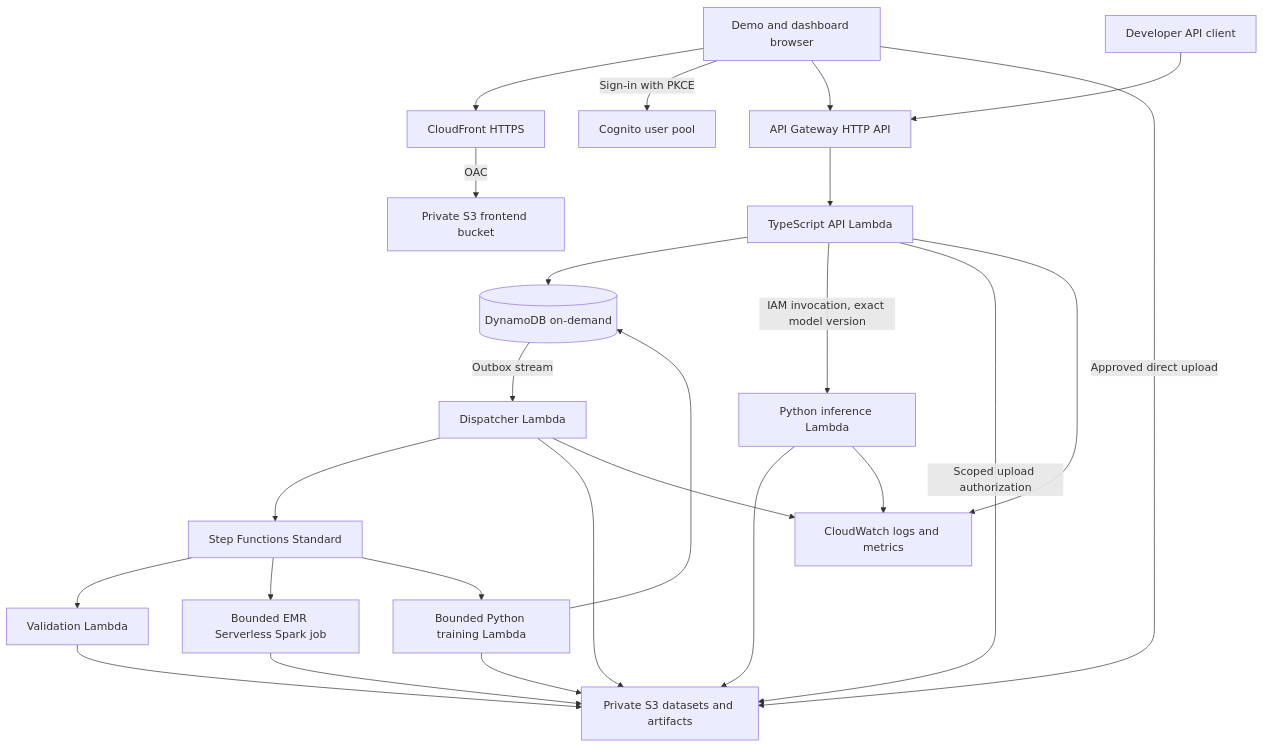
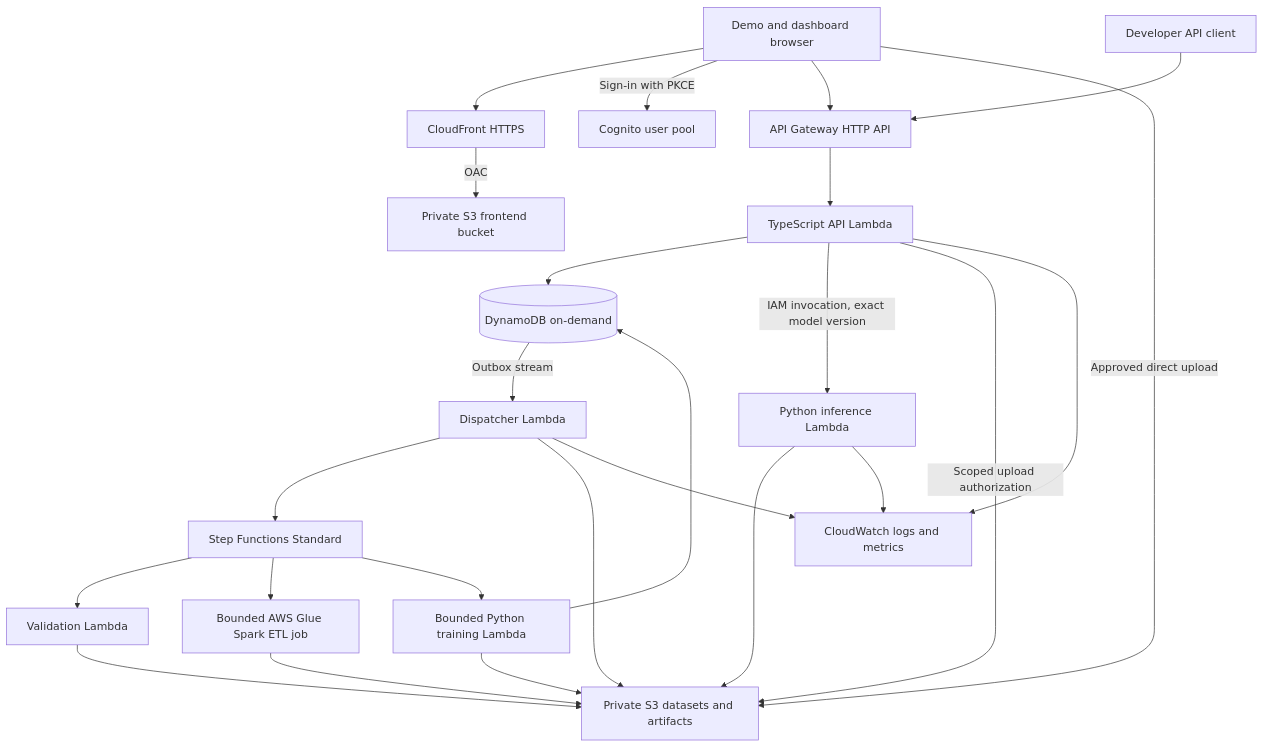
One commit to dheerajkiran/spark-recsys-pipeline changed the diagram in docs/phase-7/architecture.md. Above: the diagram before and after it, drawn with Mermaid. The commit also changed other lines of this file and 6 other files, not shown here.

Commit message:
Adapt Phase 7 plan for Free-plan credits and bounded Glue jobs

````diff
--- a/docs/phase-7/architecture.md
+++ b/docs/phase-7/architecture.md
@@ -59,27 +61,27 @@
 ```mermaid
 flowchart TD
     Browser[Demo and dashboard browser] --> CF[CloudFront HTTPS]
     CF -->|OAC| UI[Private S3 frontend bucket]
     Browser -->|Sign-in with PKCE| Cognito[Cognito user pool]
     Browser --> HTTP[API Gateway HTTP API]
     Developer[Developer API client] --> HTTP
     HTTP --> API[TypeScript API Lambda]
     API --> DB[(DynamoDB on-demand)]
     API -->|IAM invocation, exact model version| Ranker[Python inference Lambda]
     API -->|Scoped upload authorization| Data[Private S3 datasets and artifacts]
     Browser -->|Approved direct upload| Data
     DB -->|Outbox stream| Dispatch[Dispatcher Lambda]
     Dispatch --> SF[Step Functions Standard]
     Dispatch --> Data
     SF --> Validate[Validation Lambda]
-    SF --> EMR[Bounded EMR Serverless Spark job]
+    SF --> Glue[Bounded AWS Glue Spark ETL job]
     SF --> Train[Bounded Python training Lambda]
     Validate --> Data
-    EMR --> Data
+    Glue --> Data
     Train --> Data
     Train --> DB
     Ranker --> Data
     API --> Logs[CloudWatch logs and metrics]
     Dispatch --> Logs
     Ranker --> Logs
 ```
````
